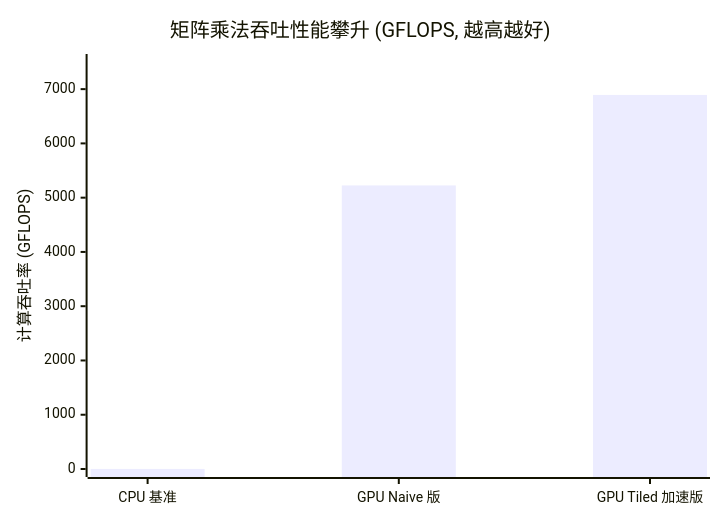
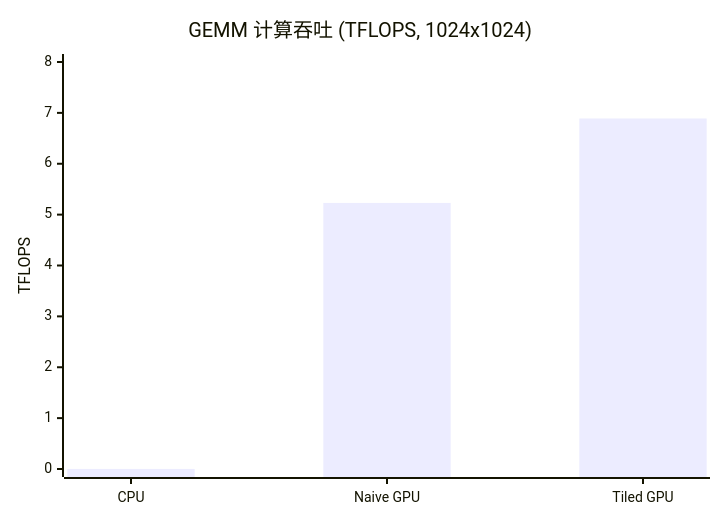
Before and after one commit to psmarter/CUDA-Practice: the third of 3 diagrams in Blogs/01_Basics_Concepts_and_Tiling.md, drawn with Mermaid. The commit also changed other lines of this file and 15 other files, not shown here.

````diff
--- a/Blogs/01_Basics_Concepts_and_Tiling.md
+++ b/Blogs/01_Basics_Concepts_and_Tiling.md
@@ -224,7 +262,7 @@
 ```mermaid
 xychart-beta
-  title "矩阵乘法吞吐性能攀升 (GFLOPS, 越高越好)"
-  x-axis ["CPU 基准", "GPU Naive 版", "GPU Tiled 加速版"]
-  y-axis "计算吞吐率 (GFLOPS)" 0 --> 7500
-  bar [1.03, 5225.65, 6893.42]
+  title "GEMM 计算吞吐 (TFLOPS, 1024x1024)"
+  x-axis ["CPU", "Naive GPU", "Tiled GPU"]
+  y-axis "TFLOPS" 0 --> 8
+  bar [0.001, 5.23, 6.89]
 ```
````
